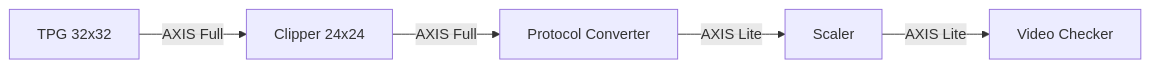
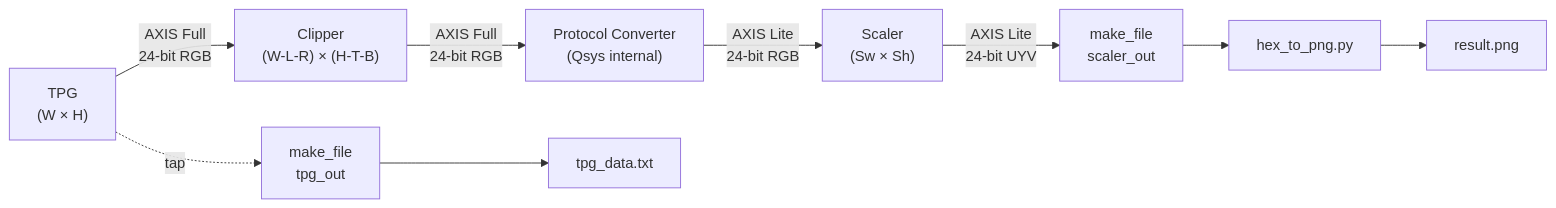
The diagram in README.md (10xEngineersTech/altera_video_pipeline), drawn with Mermaid before and after one commit. The commit also changed other lines of this file, not shown here.

````diff
--- a/README.md
+++ b/README.md
@@ -28,7 +43,11 @@
 ```mermaid
 graph LR
-    A[TPG 32x32] -- "AXIS Full" --> B[Clipper 24x24]
-    B -- "AXIS Full" --> C[Protocol Converter]
-    C -- "AXIS Lite" --> D[Scaler]
-    D -- "AXIS Lite" --> E[Video Checker]
+    A["TPG\n(W × H)"] -- "AXIS Full\n24-bit RGB" --> B["Clipper\n(W-L-R) × (H-T-B)"]
+    B -- "AXIS Full\n24-bit RGB" --> C["Protocol Converter\n(Qsys internal)"]
+    C -- "AXIS Lite\n24-bit RGB" --> D["Scaler\n(Sw × Sh)"]
+    D -- "AXIS Lite\n24-bit UYV" --> E["make_file\nscaler_out"]
+    E --> F["hex_to_png.py"]
+    F --> G["result.png"]
+    A -. "tap" .-> H["make_file\ntpg_out"]
+    H --> I["tpg_data.txt"]
 ```
````
